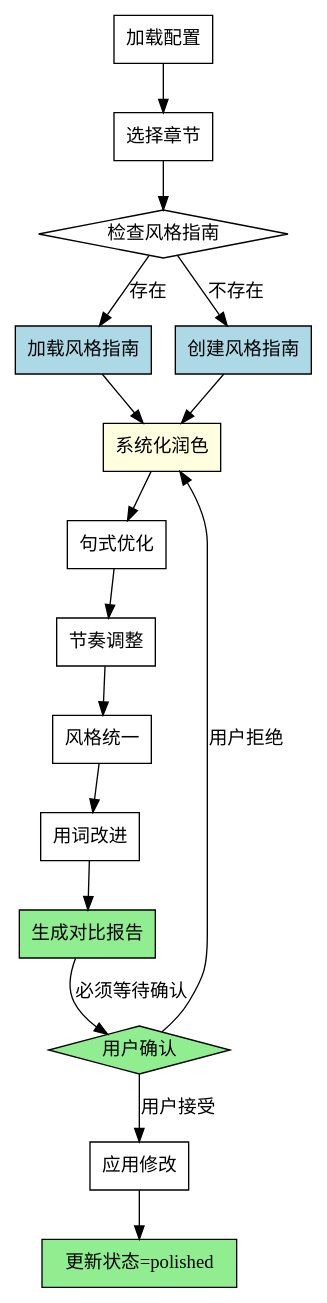
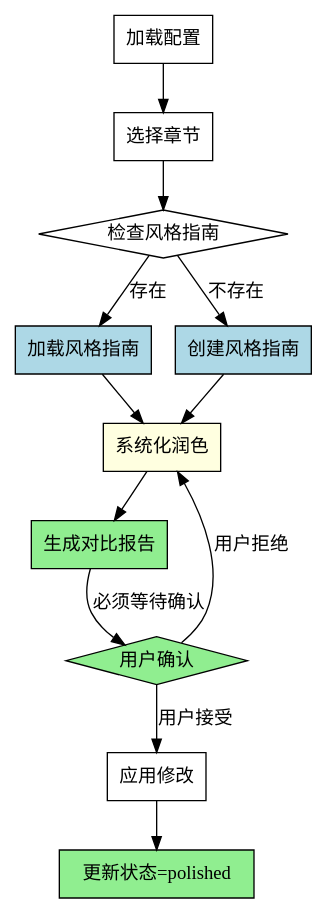
One commit to llklkl/novel changed the diagram in .opencode/skills/polish-style/SKILL.md. Above: the diagram before and after it, drawn with Graphviz. The commit also changed other lines of this file and 19 other files, not shown here.

````diff
--- a/.opencode/skills/polish-style/SKILL.md
+++ b/.opencode/skills/polish-style/SKILL.md
@@ -18,36 +16,28 @@
 ```dot
 digraph polish_style {
     rankdir=TB;
     
     "加载配置" [shape=box];
     "选择章节" [shape=box];
     "检查风格指南" [shape=diamond];
     "加载风格指南" [shape=box, style=filled, fillcolor=lightblue];
     "创建风格指南" [shape=box, style=filled, fillcolor=lightblue];
     "系统化润色" [shape=box, style=filled, fillcolor=lightyellow];
-    "句式优化" [shape=box];
-    "节奏调整" [shape=box];
-    "风格统一" [shape=box];
-    "用词改进" [shape=box];
     "生成对比报告" [shape=box, style=filled, fillcolor=lightgreen];
     "用户确认" [shape=diamond, style=filled, fillcolor=lightgreen];
     "应用修改" [shape=box];
     "更新状态=polished" [shape=box, style=filled, fillcolor=lightgreen];
     
     "加载配置" -> "选择章节";
     "选择章节" -> "检查风格指南";
     "检查风格指南" -> "加载风格指南" [label="存在"];
     "检查风格指南" -> "创建风格指南" [label="不存在"];
     "创建风格指南" -> "系统化润色";
     "加载风格指南" -> "系统化润色";
-    "系统化润色" -> "句式优化";
-    "句式优化" -> "节奏调整";
-    "节奏调整" -> "风格统一";
-    "风格统一" -> "用词改进";
-    "用词改进" -> "生成对比报告";
+    "系统化润色" -> "生成对比报告";
     "生成对比报告" -> "用户确认" [label="必须等待确认"];
     "用户确认" -> "应用修改" [label="用户接受"];
     "用户确认" -> "系统化润色" [label="用户拒绝"];
     "应用修改" -> "更新状态=polished";
 }
 ```
````
